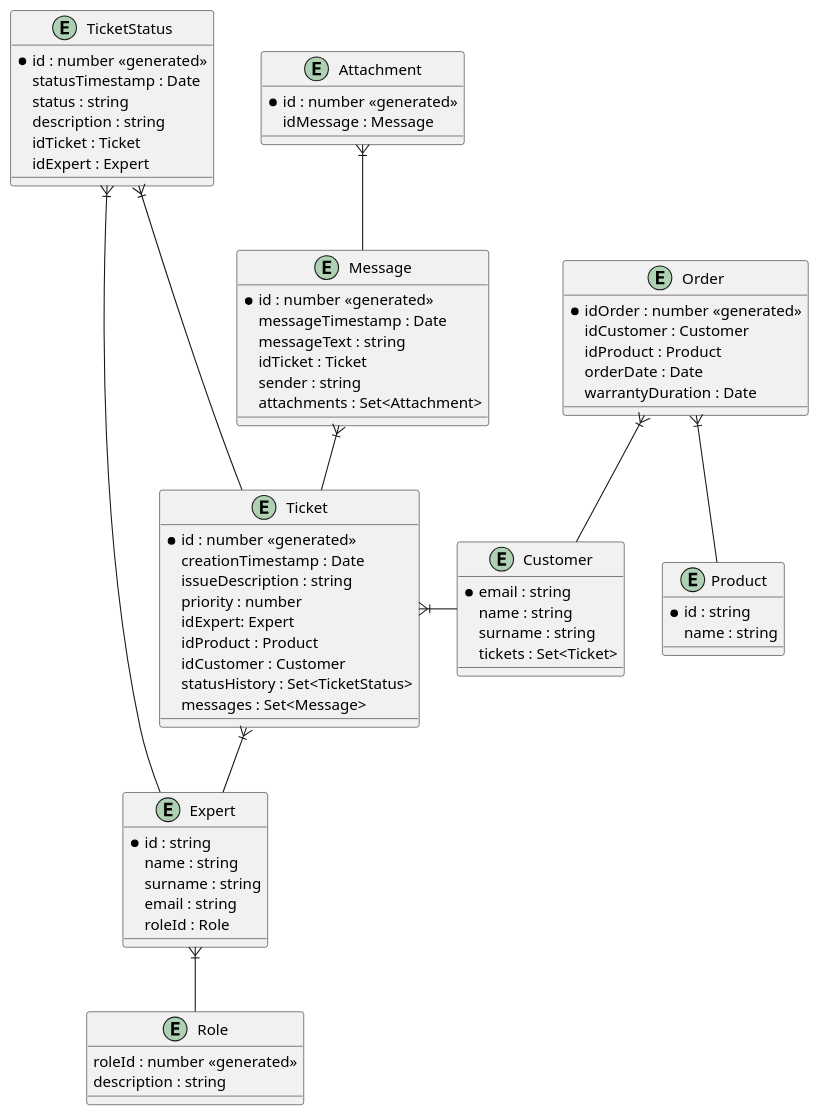
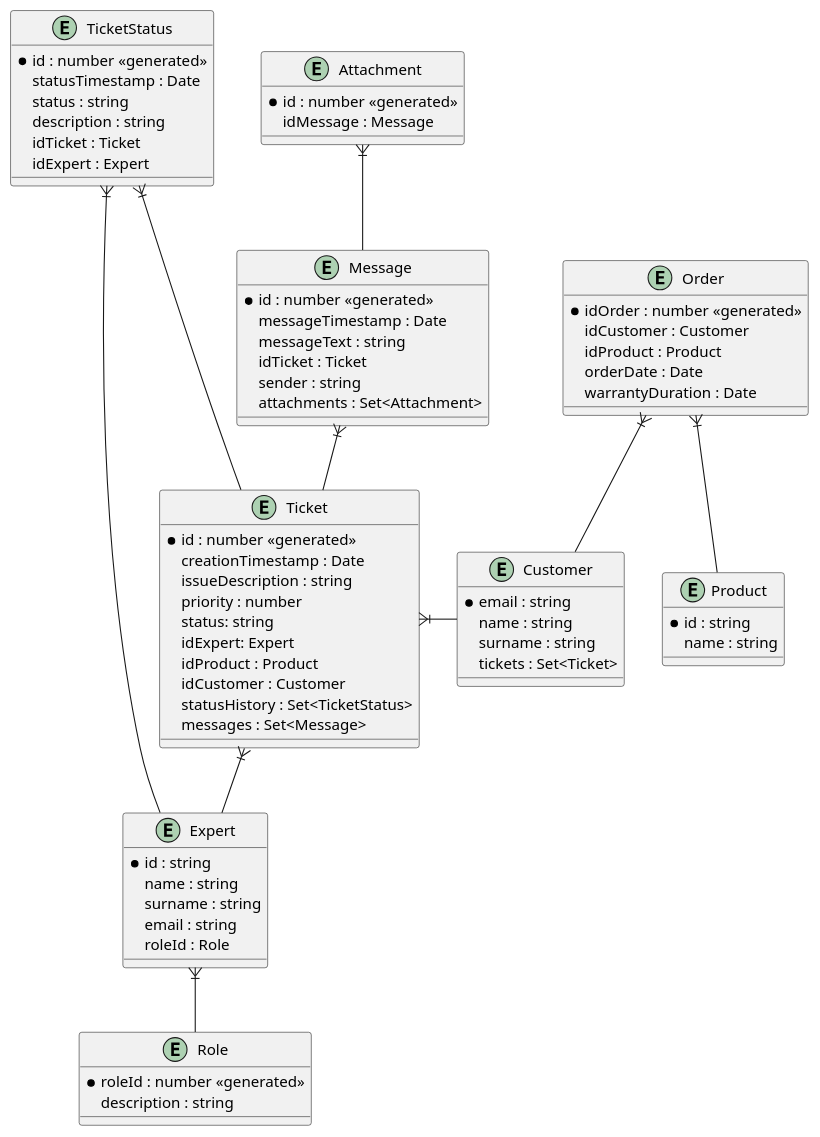
The diagram in docs/schema.md (robsanity/CustomerCareService), drawn with PlantUML before and after one commit.

Commit message:
change: updated ticket table

```diff
--- a/docs/schema.md
+++ b/docs/schema.md
@@ -5,6 +5,7 @@
     creationTimestamp : Date
     issueDescription : string
     priority : number
+    status: string
     idExpert: Expert
     idProduct : Product
     idCustomer : Customer
@@ -28,7 +29,7 @@
 }
 
 entity Role {
-    roleId : number <<generated>>
+    *roleId : number <<generated>>
     description : string
 }
 
```
